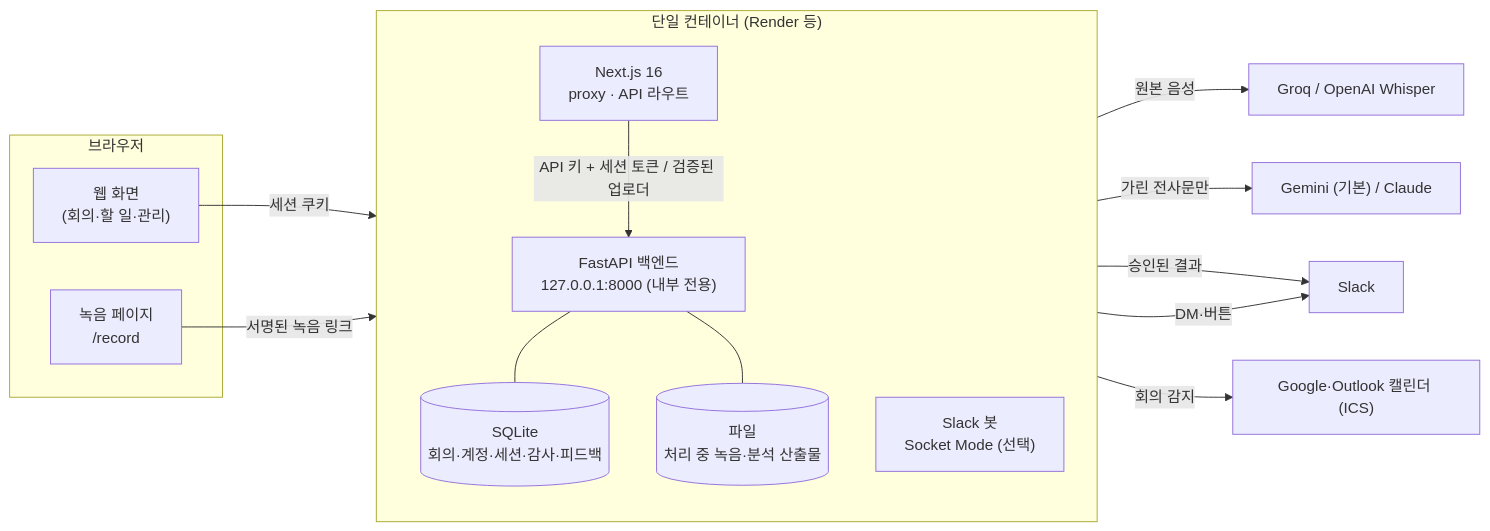
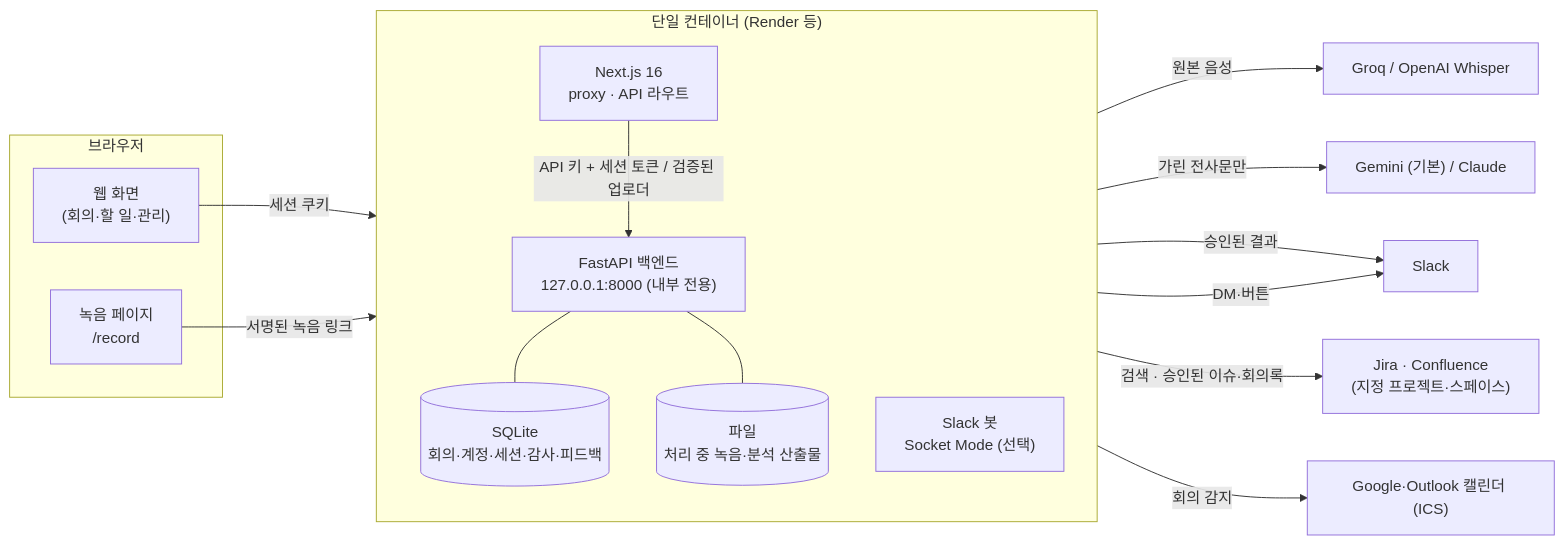
The first of 3 diagrams in docs/ARCHITECTURE.md (UnderCruzer/meeting-automation), drawn with Mermaid before and after one commit. The commit also changed other lines of this file and 4 other files, not shown here.

First line of the commit message:
docs(#82): Jira·Confluence 연결 안내(무료 Atlassian 기준)와 환경변수·Render 설정

````diff
--- a/docs/ARCHITECTURE.md
+++ b/docs/ARCHITECTURE.md
@@ -10,32 +10,34 @@
 ```mermaid
 flowchart LR
   subgraph Browser["브라우저"]
     UI["웹 화면<br/>(회의·할 일·관리)"]
     REC["녹음 페이지<br/>/record"]
   end
 
   subgraph Container["단일 컨테이너 (Render 등)"]
     direction TB
     WEB["Next.js 16<br/>proxy · API 라우트"]
     API["FastAPI 백엔드<br/>127.0.0.1:8000 (내부 전용)"]
     BOT["Slack 봇<br/>Socket Mode (선택)"]
     DB[("SQLite<br/>회의·계정·세션·감사·피드백")]
     FS[("파일<br/>처리 중 녹음·분석 산출물")]
   end
 
   STT["Groq / OpenAI Whisper"]
   LLM["Gemini (기본) / Claude"]
   SLACK["Slack"]
+  ATL["Jira · Confluence<br/>(지정 프로젝트·스페이스)"]
   CAL["Google·Outlook 캘린더 (ICS)"]
 
   UI -- "세션 쿠키" --> WEB
   REC -- "서명된 녹음 링크" --> WEB
   WEB -- "API 키 + 세션 토큰 / 검증된 업로더" --> API
   API --- DB
   API --- FS
   API -- "원본 음성" --> STT
   API -- "가린 전사문만" --> LLM
   API -- "승인된 결과" --> SLACK
+  API -- "검색 · 승인된 이슈·회의록" --> ATL
   BOT -- "회의 감지" --> CAL
   BOT -- "DM·버튼" --> SLACK
 ```
````
